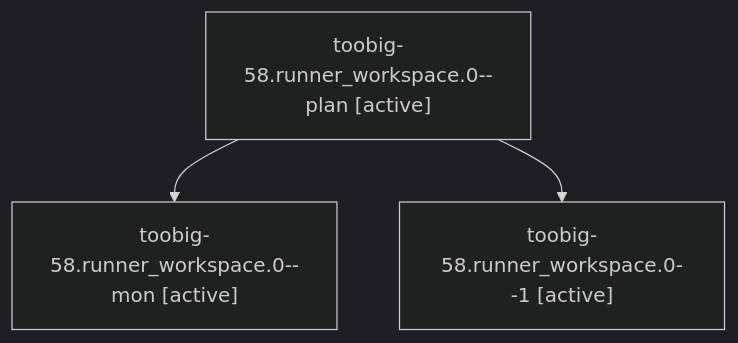
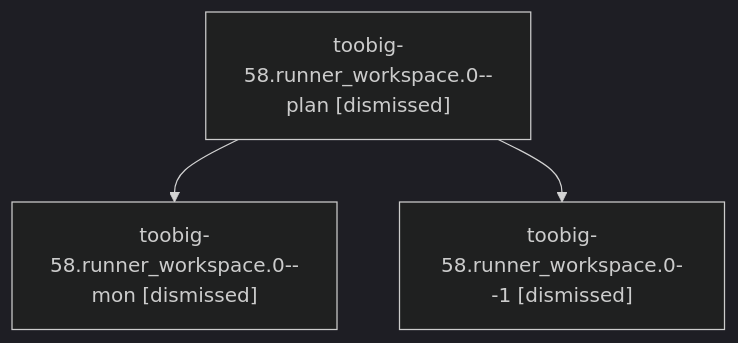
The diagram in sessions/bbugyi200.athena.toobig-58.runner_workspace.0.md (sase-org/sase--agents), drawn with Mermaid (dark theme) before and after one commit. The commit also changed other lines of this file and 146 other files, not shown here.

````diff
--- a/sessions/bbugyi200.athena.toobig-58.runner_workspace.0.md
+++ b/sessions/bbugyi200.athena.toobig-58.runner_workspace.0.md
@@ -9,8 +9,8 @@
 ```mermaid
 flowchart TD
-  n0["toobig-58.runner_workspace.0--plan [active]"]
-  n1["toobig-58.runner_workspace.0--mon [active]"]
+  n0["toobig-58.runner_workspace.0--plan [dismissed]"]
+  n1["toobig-58.runner_workspace.0--mon [dismissed]"]
   n0 --> n1
-  n2["toobig-58.runner_workspace.0--1 [active]"]
+  n2["toobig-58.runner_workspace.0--1 [dismissed]"]
   n0 --> n2
 ```
````
